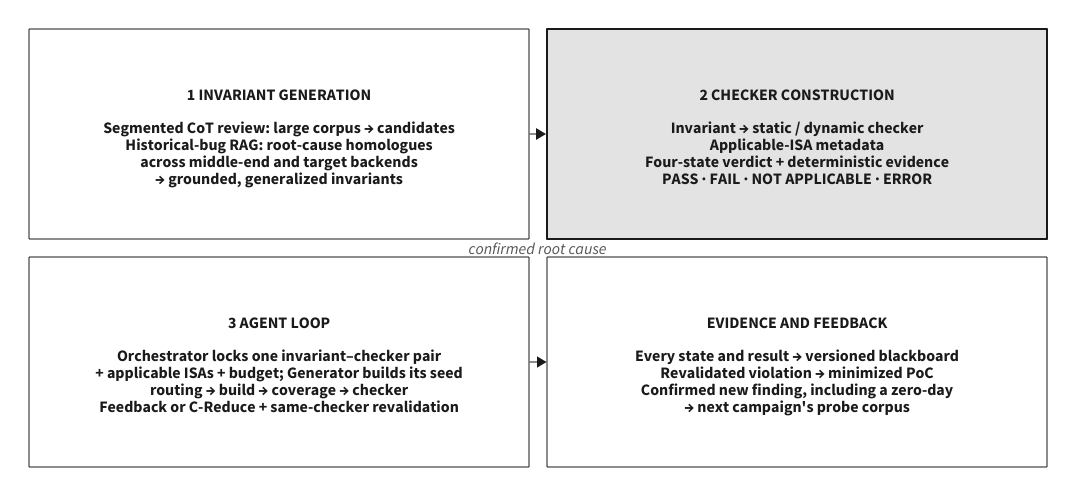
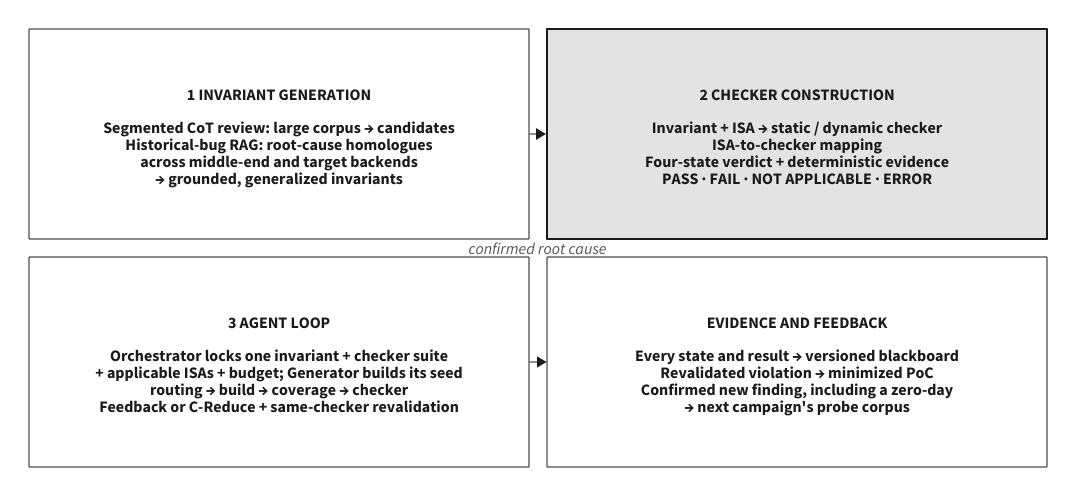
The diagram in figures/src/architecture.d2 (SEU-SSH/zjy-paper), drawn with D2 before and after one commit. The commit also changed 17 other files, not shown here.

Commit message:
docs(paper): clarify ISA-specific checkers per invariant

```diff
--- a/figures/src/architecture.d2
+++ b/figures/src/architecture.d2
@@ -1,27 +1,27 @@
 # Fig: DeFuzz end-to-end technical route (academic monochrome, wide/figure*)
 # render: d2 --theme=0 --pad=8 architecture.d2 ../architecture.svg
 
 classes: {
   stage: { style: { fill: white; stroke: "#1A1A1A"; stroke-width: 1; font-color: "#1A1A1A" } }
   key:   { style: { fill: "#E3E3E3"; stroke: "#1A1A1A"; stroke-width: 2; font-color: "#1A1A1A" } }
 }
 
 route: "" {
   style: { fill: transparent; stroke: transparent }
   grid-rows: 2
   grid-columns: 2
   grid-gap: 18
 
   discovery: "1  INVARIANT GENERATION\n\nSegmented CoT review: large corpus → candidates\nHistorical-bug RAG: root-cause homologues\nacross middle-end and target backends\n→ grounded, generalized invariants" { class: stage; width: 500; height: 210 }
 
-  oracle: "2  CHECKER CONSTRUCTION\n\nInvariant → static / dynamic checker\nApplicable-ISA metadata\nFour-state verdict + deterministic evidence\nPASS · FAIL · NOT APPLICABLE · ERROR" { class: key; width: 500; height: 210 }
+  oracle: "2  CHECKER CONSTRUCTION\n\nInvariant + ISA → static / dynamic checker\nISA-to-checker mapping\nFour-state verdict + deterministic evidence\nPASS · FAIL · NOT APPLICABLE · ERROR" { class: key; width: 500; height: 210 }
 
-  loop: "3  AGENT LOOP\n\nOrchestrator locks one invariant–checker pair\n+ applicable ISAs + budget; Generator builds its seed\nrouting → build → coverage → checker\nFeedback or C-Reduce + same-checker revalidation" { class: stage; width: 500; height: 210 }
+  loop: "3  AGENT LOOP\n\nOrchestrator locks one invariant + checker suite\n+ applicable ISAs + budget; Generator builds its seed\nrouting → build → coverage → checker\nFeedback or C-Reduce + same-checker revalidation" { class: stage; width: 500; height: 210 }
 
   state: "EVIDENCE AND FEEDBACK\n\nEvery state and result → versioned blackboard\nRevalidated violation → minimized PoC\nConfirmed new finding, including a zero-day\n→ next campaign's probe corpus" { class: stage; width: 500; height: 210 }
 }
 
 route.discovery -> route.oracle: "" { style: { stroke: "#1A1A1A"; stroke-width: 1 } }
 route.oracle -> route.loop: "" { style: { stroke: "#1A1A1A"; stroke-width: 1 } }
 route.loop -> route.state: "" { style: { stroke: "#1A1A1A"; stroke-width: 1 } }
 route.state -> route.discovery: "confirmed root cause" { style: { stroke: "#7A7A7A"; stroke-width: 1; stroke-dash: 4; font-color: "#555555" } }
```
